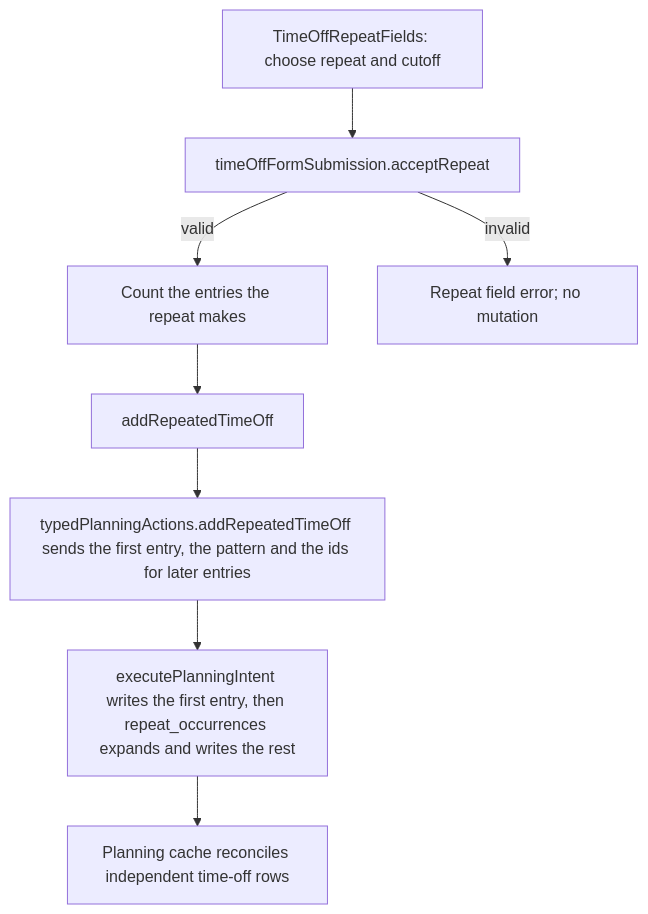
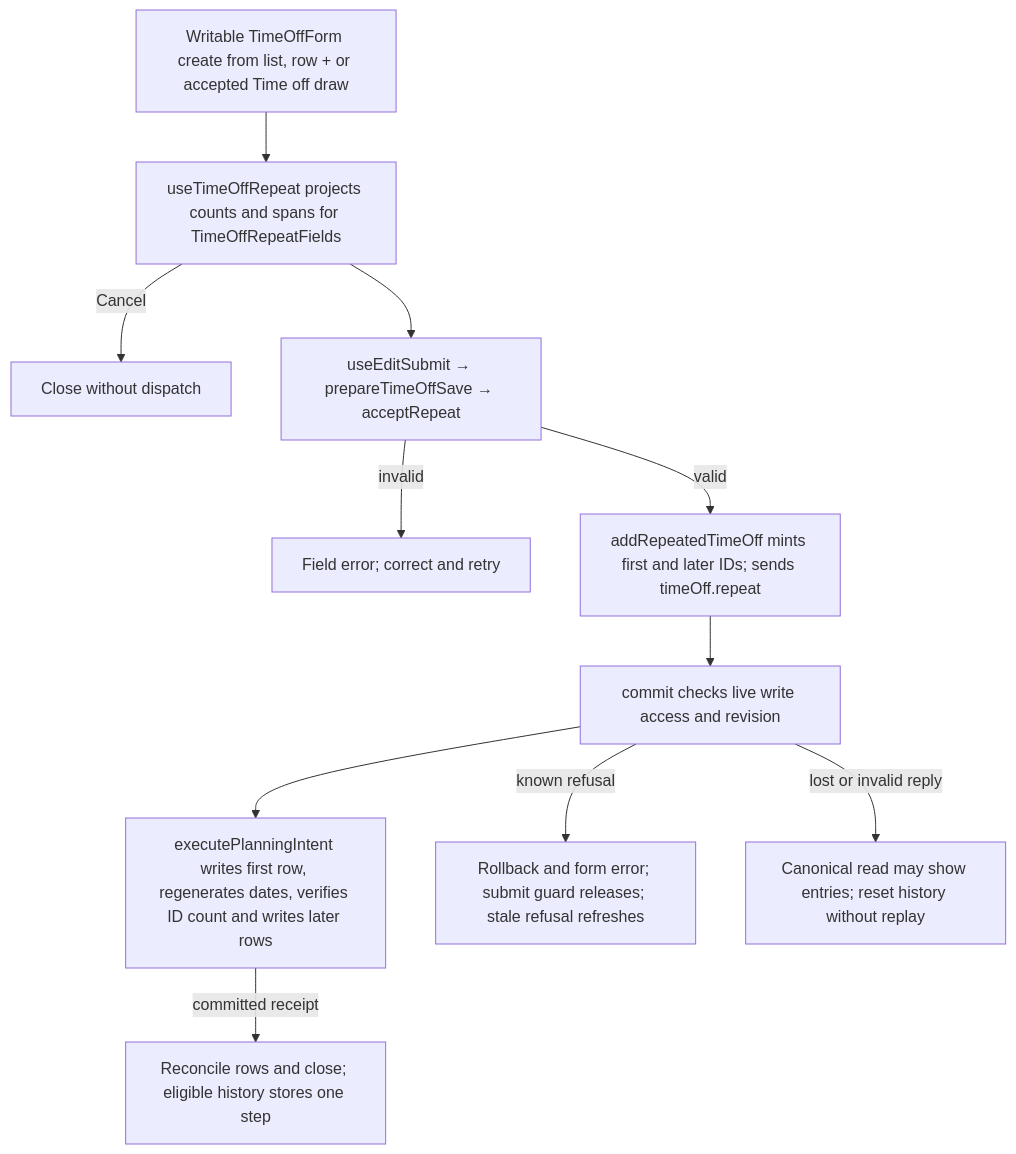
The second of 2 diagrams in user-stories/time-off/US-TOF-07-repeat-time-off.md (Kevinjohn/capacitylens), drawn with Mermaid before and after one commit. The commit also changed other lines of this file and 172 other files, not shown here.

Commit message:
docs: reconcile user story code flows with source

````diff
--- a/user-stories/time-off/US-TOF-07-repeat-time-off.md
+++ b/user-stories/time-off/US-TOF-07-repeat-time-off.md
@@ -43,10 +43,13 @@
 ```mermaid
 flowchart TD
-  A["TimeOffRepeatFields: choose repeat and cutoff"] --> B["timeOffFormSubmission.acceptRepeat"]
-  B -->|valid| C["Count the entries the repeat makes"]
-  B -->|invalid| D["Repeat field error; no mutation"]
-  C --> E["addRepeatedTimeOff"]
-  E --> F["typedPlanningActions.addRepeatedTimeOff sends the first entry, the pattern and the ids for later entries"]
-  F --> H["executePlanningIntent writes the first entry, then repeat_occurrences expands and writes the rest"]
-  H --> G["Planning cache reconciles independent time-off rows"]
+  Entry["Writable TimeOffForm create from list, row + or accepted Time off draw"] --> Preview["useTimeOffRepeat projects counts and spans for TimeOffRepeatFields"]
+  Preview -->|Cancel| Discard["Close without dispatch"]
+  Preview --> Submit["useEditSubmit → prepareTimeOffSave → acceptRepeat"]
+  Submit -->|invalid| Field["Field error; correct and retry"]
+  Submit -->|valid| Send["addRepeatedTimeOff mints first and later IDs; sends timeOff.repeat"]
+  Send --> Commit["commit checks live write access and revision"]
+  Commit --> Batch["executePlanningIntent writes first row, regenerates dates, verifies ID count and writes later rows"]
+  Batch -->|committed receipt| Close["Reconcile rows and close; eligible history stores one step"]
+  Commit -->|known refusal| Error["Rollback and form error; submit guard releases; stale refusal refreshes"]
+  Commit -->|lost or invalid reply| Unknown["Canonical read may show entries; reset history without replay"]
 ```
````
